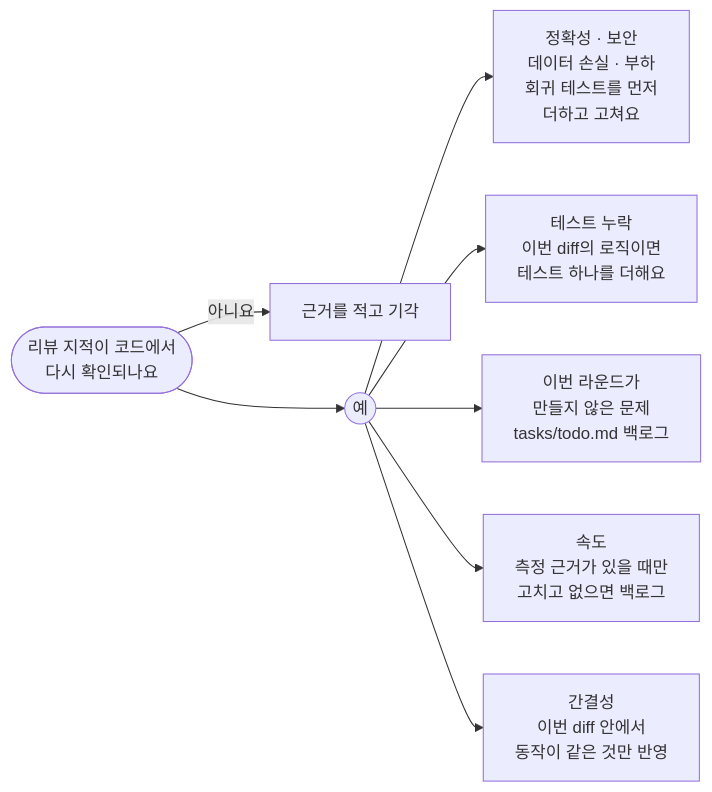
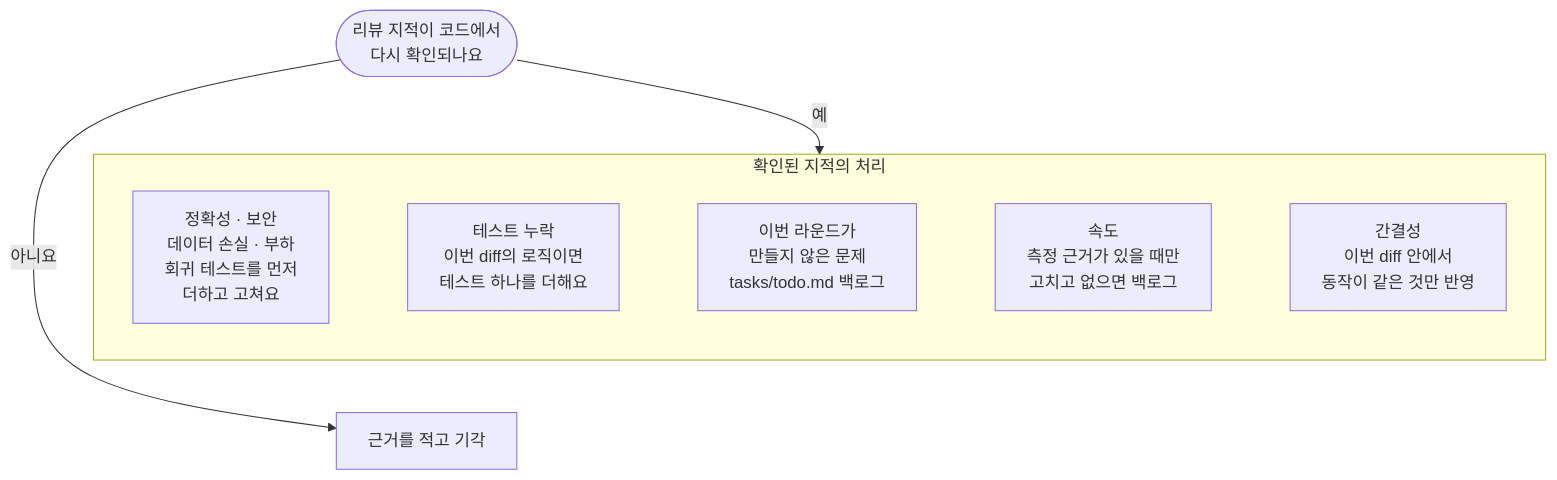
One commit to roadkwon-ai/pro-kit changed diagram 12 of 12 in handbook/skills/brain-flow.md. Above: the diagram before and after it, drawn with Mermaid. The commit also changed other lines of this file and 26 other files, not shown here.

````diff
--- a/handbook/skills/brain-flow.md
+++ b/handbook/skills/brain-flow.md
@@ -328,16 +342,19 @@
 ```mermaid
 ---
 config:
   flowchart:
-    wrappingWidth: 160
-    rankSpacing: 30
+    wrappingWidth: 200
 ---
-flowchart LR
-  Q(["리뷰 지적이 코드에서<br/>다시 확인되나요"]) -->|"아니요"| X["근거를 적고 기각"]
-  Q --> K(("예"))
-  K --> K1["정확성 · 보안<br/>데이터 손실 · 부하<br/>회귀 테스트를 먼저<br/>더하고 고쳐요"]
-  K --> K2["테스트 누락<br/>이번 diff의 로직이면<br/>테스트 하나를 더해요"]
-  K --> K3["이번 라운드가<br/>만들지 않은 문제<br/>tasks/todo.md 백로그"]
-  K --> K4["속도<br/>측정 근거가 있을 때만<br/>고치고 없으면 백로그"]
-  K --> K5["간결성<br/>이번 diff 안에서<br/>동작이 같은 것만 반영"]
+flowchart TB
+  Q(["리뷰 지적이 코드에서<br/>다시 확인되나요"]) -->|"예"| K
+  Q -->|"아니요"| X["근거를 적고 기각"]
+  K ~~~ X
+  subgraph K["확인된 지적의 처리"]
+    K1["정확성 · 보안<br/>데이터 손실 · 부하<br/>회귀 테스트를 먼저<br/>더하고 고쳐요"]
+    K2["테스트 누락<br/>이번 diff의 로직이면<br/>테스트 하나를 더해요"]
+    K3["이번 라운드가<br/>만들지 않은 문제<br/>tasks/todo.md 백로그"]
+    K4["속도<br/>측정 근거가 있을 때만<br/>고치고 없으면 백로그"]
+    K5["간결성<br/>이번 diff 안에서<br/>동작이 같은 것만 반영"]
+    K1 ~~~ K2 ~~~ K3 ~~~ K4 ~~~ K5
+  end
 ```
````
